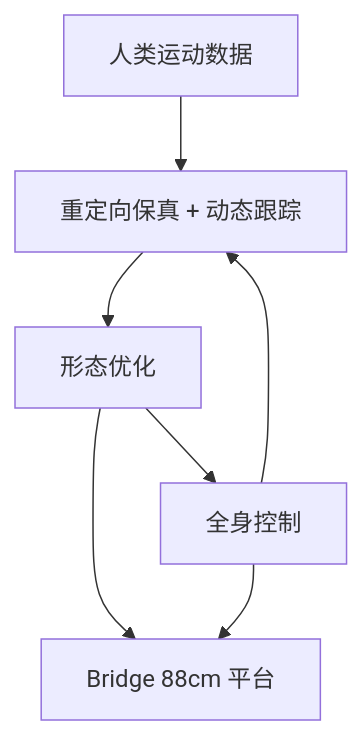
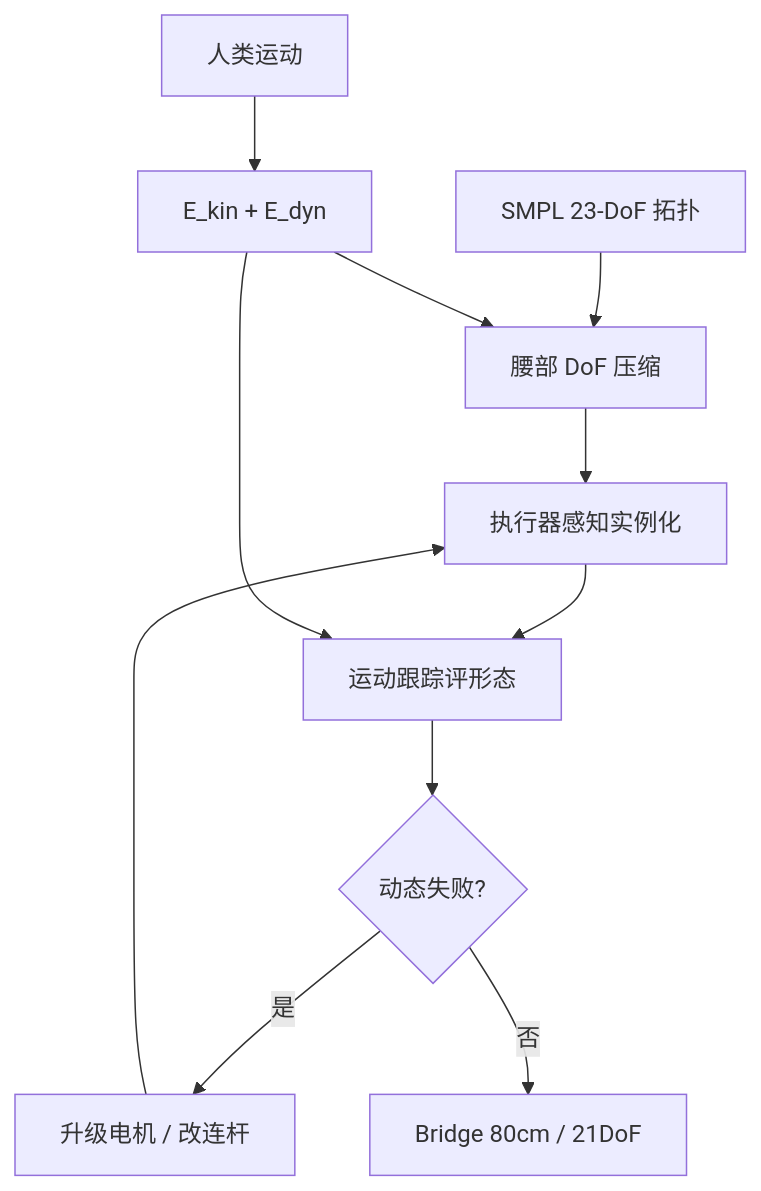
The diagram in wiki/entities/paper-bridge-humanoid.md (ImChong/Robotics_Notebooks), drawn with Mermaid before and after one commit. The commit also changed other lines of this file and 28 other files, not shown here.

````diff
--- a/wiki/entities/paper-bridge-humanoid.md
+++ b/wiki/entities/paper-bridge-humanoid.md
@@ -54,9 +57,13 @@
 ```mermaid
 flowchart TB
-  human[人类运动数据] --> metric[重定向保真 + 动态跟踪]
-  metric --> morph[形态优化]
-  morph --> ctrl[全身控制]
-  ctrl --> metric
-  morph --> robot[Bridge 88cm 平台]
-  ctrl --> robot
+  smpl[SMPL 23-DoF 拓扑] --> waist[腰部 DoF 压缩]
+  waist --> inst[执行器感知实例化]
+  inst --> eval[运动跟踪评形态]
+  eval --> fail{动态失败?}
+  fail -->|是| refine[升级电机 / 改连杆]
+  refine --> inst
+  fail -->|否| robot[Bridge 80cm / 21DoF]
+  human[人类运动] --> metric["E_kin + E_dyn"]
+  metric --> waist
+  metric --> eval
 ```
````
